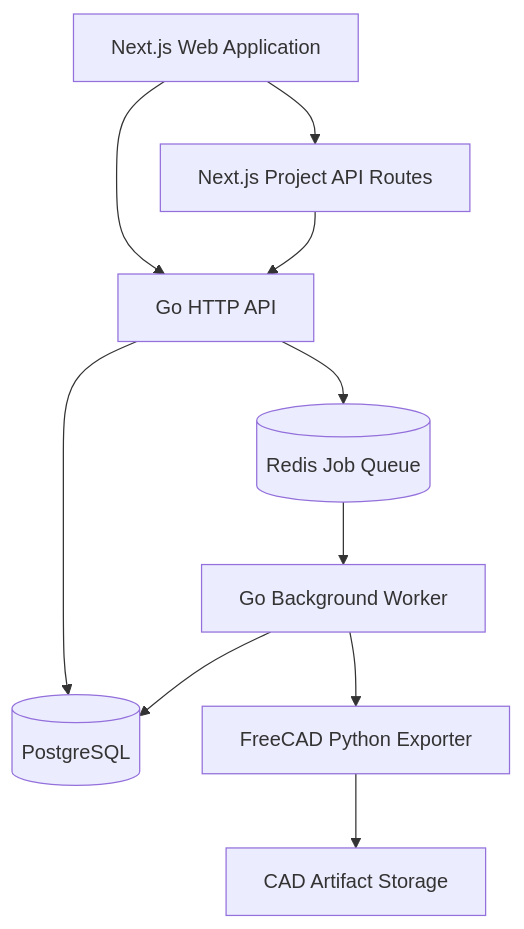
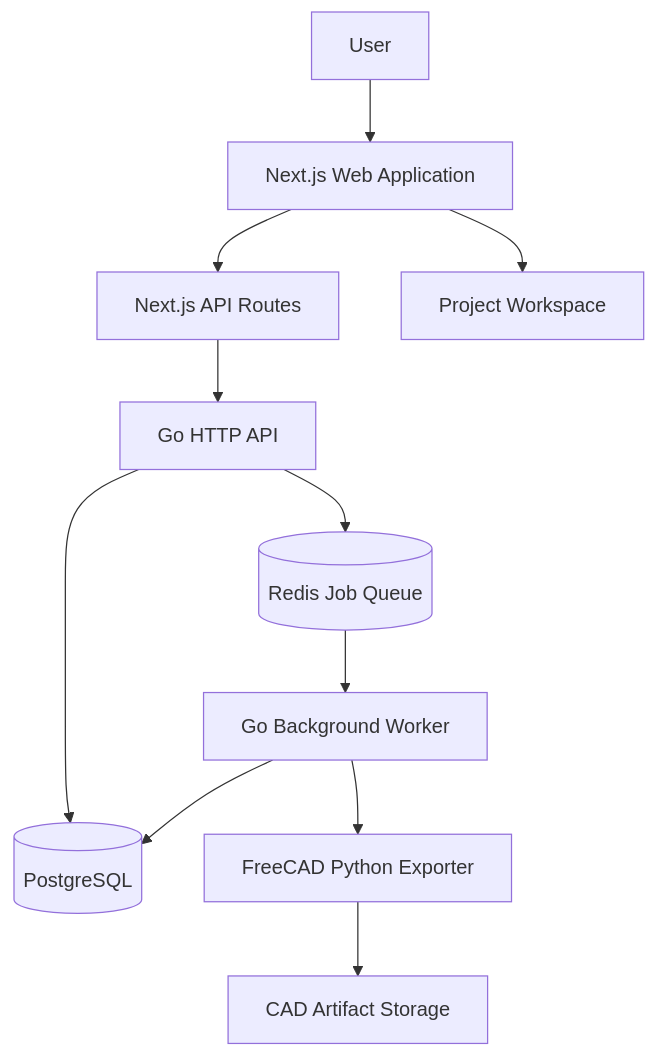
Before and after one commit to sazwarriyadhs/aihouse: the first of 2 diagrams in README.md, drawn with Mermaid. The commit also changed other lines of this file, not shown here.

````diff
--- a/README.md
+++ b/README.md
@@ -62,12 +210,13 @@
 ```mermaid
 flowchart TD
-    WEB[Next.js Web Application] --> API[Go HTTP API]
+    USER[User] --> WEB[Next.js Web Application]
+    WEB --> ROUTES[Next.js API Routes]
+    ROUTES --> API[Go HTTP API]
     API --> PG[(PostgreSQL)]
     API --> REDIS[(Redis Job Queue)]
     REDIS --> WORKER[Go Background Worker]
     WORKER --> CAD[FreeCAD Python Exporter]
-    CAD --> FILES[CAD Artifact Storage]
+    CAD --> STORAGE[CAD Artifact Storage]
     WORKER --> PG
-    WEB --> ROUTES[Next.js Project API Routes]
-    ROUTES --> API
+    WEB --> PROJECTS[Project Workspace]
 ```
````
